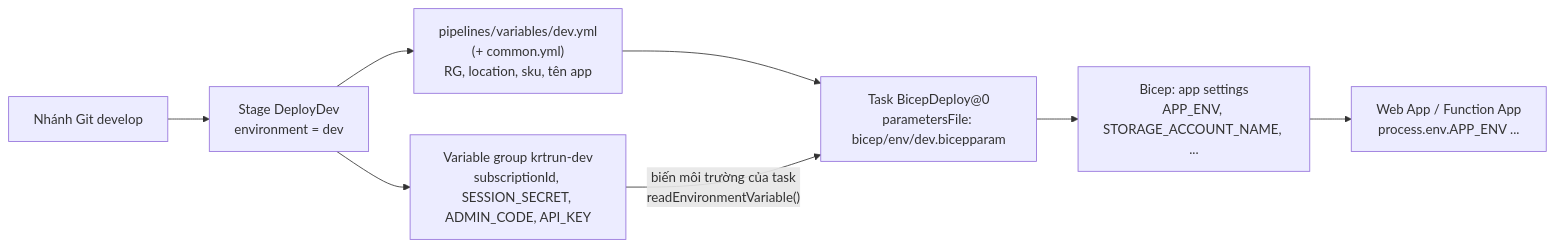
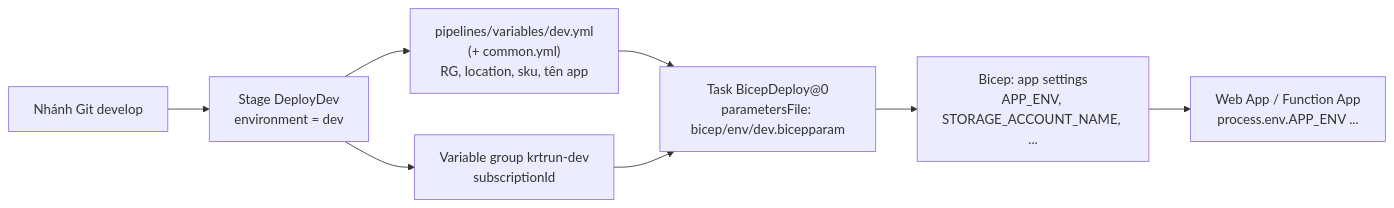
Before and after one commit to qlap04/KRT-run-infra: the first of 3 diagrams in docs/SETUP_vi.md, drawn with Mermaid. The commit also changed other lines of this file and 9 other files, not shown here.

````diff
--- a/docs/SETUP_vi.md
+++ b/docs/SETUP_vi.md
@@ -37,10 +37,10 @@
 ```mermaid
 flowchart LR
   A["Nhánh Git develop"] --> B["Stage DeployDev<br/>environment = dev"]
   B --> C["pipelines/variables/dev.yml<br/>(+ common.yml)<br/>RG, location, sku, tên app"]
-  B --> G["Variable group krtrun-dev<br/>subscriptionId, SESSION_SECRET, ADMIN_CODE, API_KEY"]
+  B --> G["Variable group krtrun-dev<br/>subscriptionId"]
   C --> D["Task BicepDeploy@0<br/>parametersFile: bicep/env/dev.bicepparam"]
-  G -->|"biến môi trường của task<br/>readEnvironmentVariable()"| D
+  G --> D
   D --> E["Bicep: app settings<br/>APP_ENV, STORAGE_ACCOUNT_NAME, ..."]
   E --> F["Web App / Function App<br/>process.env.APP_ENV ..."]
 ```
````
